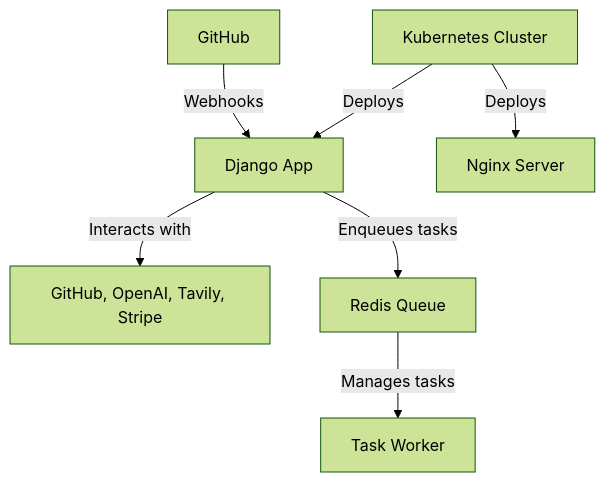
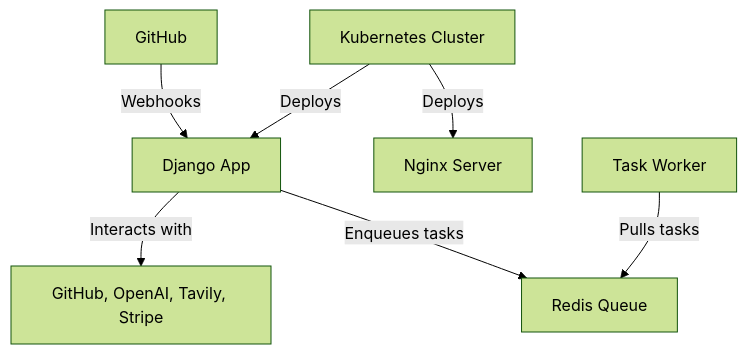
The diagram in docs/code/architecture.md (PR-Pilot-AI/pr-pilot), drawn with Mermaid (forest theme) before and after one commit. The commit also changed other lines of this file, not shown here.

````diff
--- a/docs/code/architecture.md
+++ b/docs/code/architecture.md
@@ -7,9 +7,9 @@
 ```mermaid
 graph TD
     A[GitHub] -->|Webhooks| B[Django App]    
     C[Kubernetes Cluster] -->|Deploys| D[Nginx Server]
     C -->|Deploys| B
     B -->|Interacts with| E[GitHub, OpenAI, Tavily, Stripe]
     B -->|Enqueues tasks| F[Redis Queue]
-    F -->|Manages tasks| G[Task Worker]
+    G[Task Worker] -->|Pulls tasks| F
 ```
````
